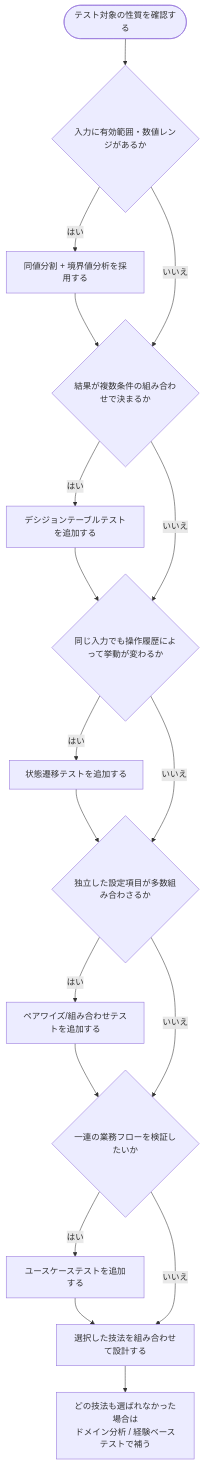
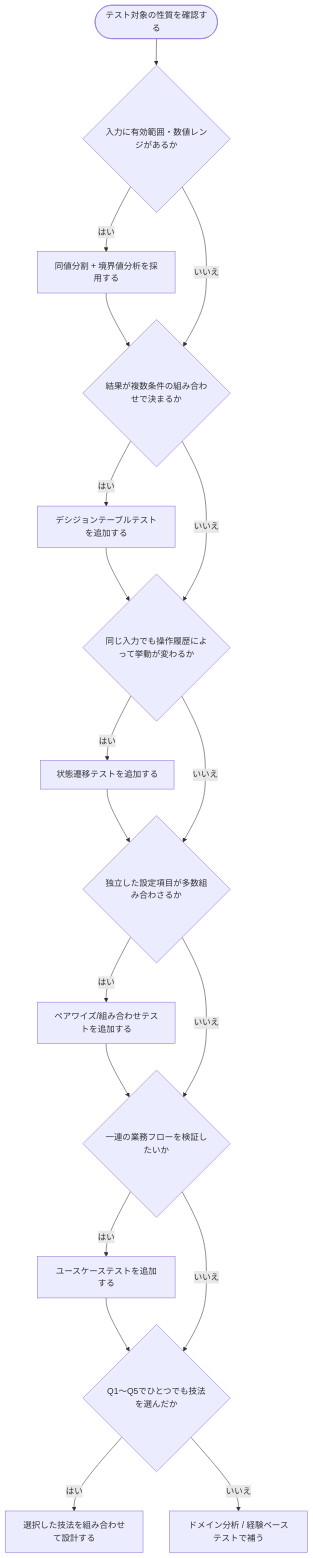
One commit to myoshi2891/Quality-Assurance-Studies changed the fifth of 5 diagrams in Software-test-design-guide.md. Above: the diagram before and after it, drawn with Mermaid. The commit also changed other lines of this file and 1 other file, not shown here.

````diff
--- a/Software-test-design-guide.md
+++ b/Software-test-design-guide.md
@@ -368,20 +378,21 @@
 ```mermaid
 flowchart TB
     Start(["テスト対象の性質を確認する"]) --> Q1{"入力に有効範囲・数値レンジがあるか"}
     Q1 -->|はい| T1["同値分割 + 境界値分析を採用する"]
     T1 --> Q2{"結果が複数条件の組み合わせで決まるか"}
     Q1 -->|いいえ| Q2
     Q2 -->|はい| T2["デシジョンテーブルテストを追加する"]
     T2 --> Q3{"同じ入力でも操作履歴によって挙動が変わるか"}
     Q2 -->|いいえ| Q3
     Q3 -->|はい| T3["状態遷移テストを追加する"]
     T3 --> Q4{"独立した設定項目が多数組み合わさるか"}
     Q3 -->|いいえ| Q4
     Q4 -->|はい| T4["ペアワイズ/組み合わせテストを追加する"]
     T4 --> Q5{"一連の業務フローを検証したいか"}
     Q4 -->|いいえ| Q5
     Q5 -->|はい| T5["ユースケーステストを追加する"]
-    T5 --> Goal["選択した技法を組み合わせて設計する"]
-    Q5 -->|いいえ| Goal
-    Goal --> Fallback["どの技法も選ばれなかった場合は<br/>ドメイン分析 / 経験ベーステストで補う"]
+    T5 --> Check{"Q1〜Q5でひとつでも技法を選んだか"}
+    Q5 -->|いいえ| Check
+    Check -->|はい| Goal["選択した技法を組み合わせて設計する"]
+    Check -->|いいえ| Fallback["ドメイン分析 / 経験ベーステストで補う"]
 ```
````
